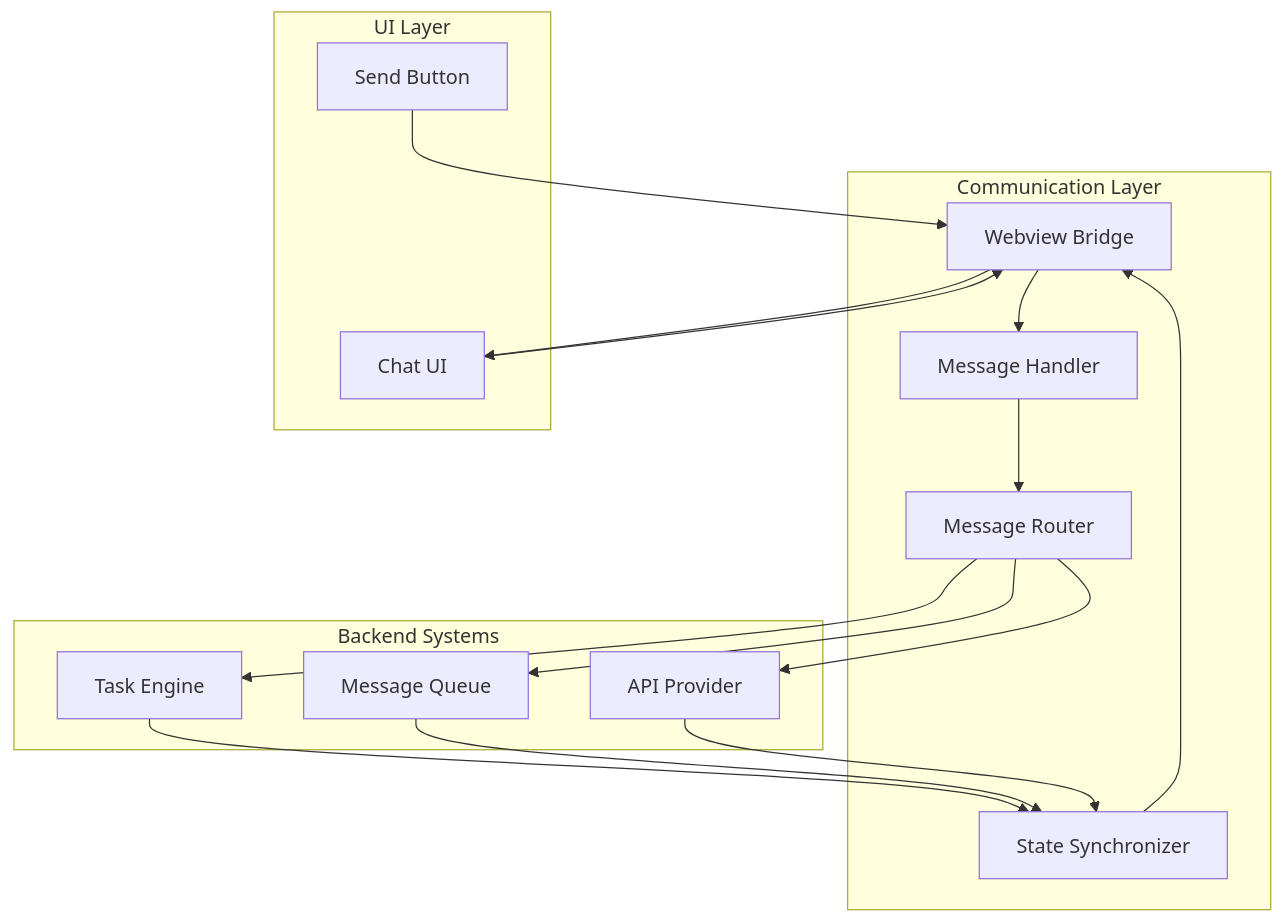
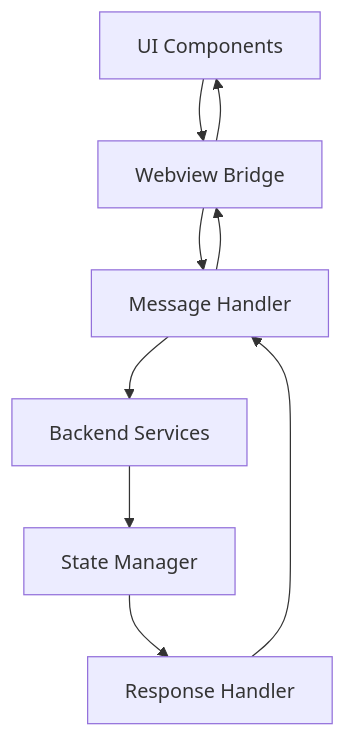
The diagram in docs/architecture/COMMUNICATION_LAYER_SYSTEM.md (mschulkind/kilocode), drawn with Mermaid before and after one commit. The commit also changed other lines of this file and 41 other files, not shown here.

````diff
--- a/docs/architecture/COMMUNICATION_LAYER_SYSTEM.md
+++ b/docs/architecture/COMMUNICATION_LAYER_SYSTEM.md
@@ -49,34 +46,11 @@
 ```mermaid
 graph TB
-    subgraph "Communication Layer"
-        WV[Webview Bridge]
-        MSG[Message Handler]
-        ROUTE[Message Router]
-        SYNC[State Synchronizer]
-    end
-
-    subgraph "UI Layer"
-        UI[Chat UI]
-        BTN[Send Button]
-    end
-
-    subgraph "Backend Systems"
-        TASK[Task Engine]
-        MQ[Message Queue]
-        API[API Provider]
-    end
-
-    UI --> WV
-    BTN --> WV
-    WV --> MSG
-    MSG --> ROUTE
-    ROUTE --> TASK
-    ROUTE --> MQ
-    ROUTE --> API
-
-    TASK --> SYNC
-    MQ --> SYNC
-    API --> SYNC
-    SYNC --> WV
-    WV --> UI
+    A[UI Components] --> B[Webview Bridge]
+    B --> C[Message Handler]
+    C --> D[Backend Services]
+    D --> E[State Manager]
+    E --> F[Response Handler]
+    F --> C
+    C --> B
+    B --> A
 ```
````
